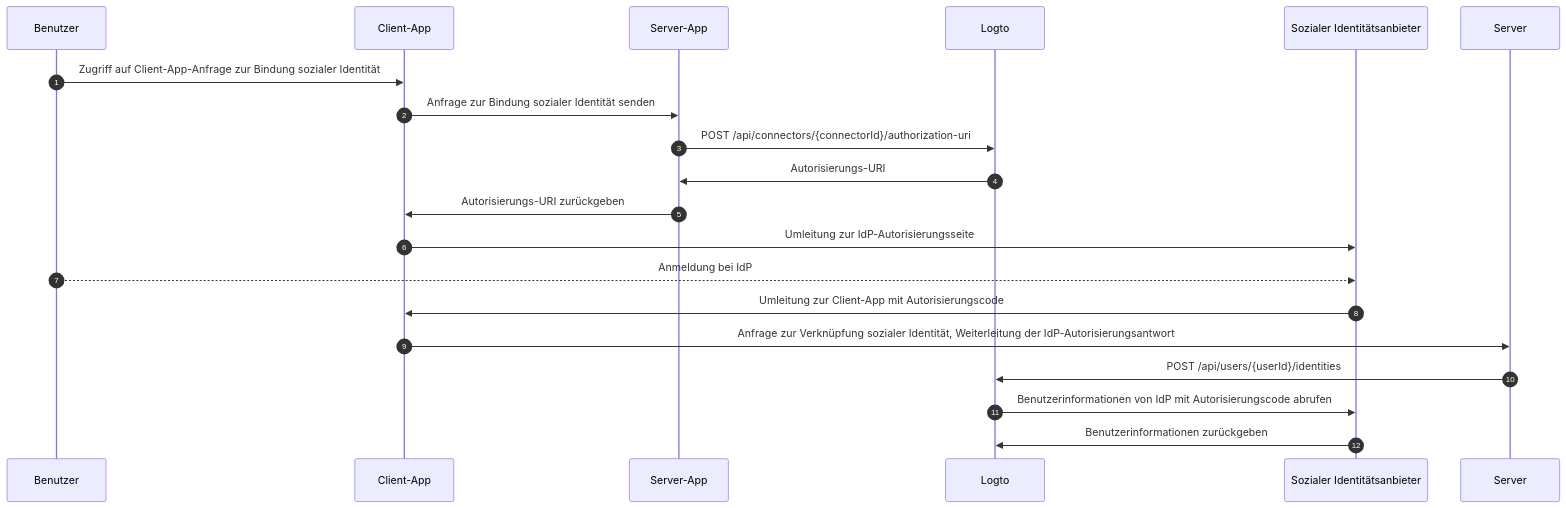
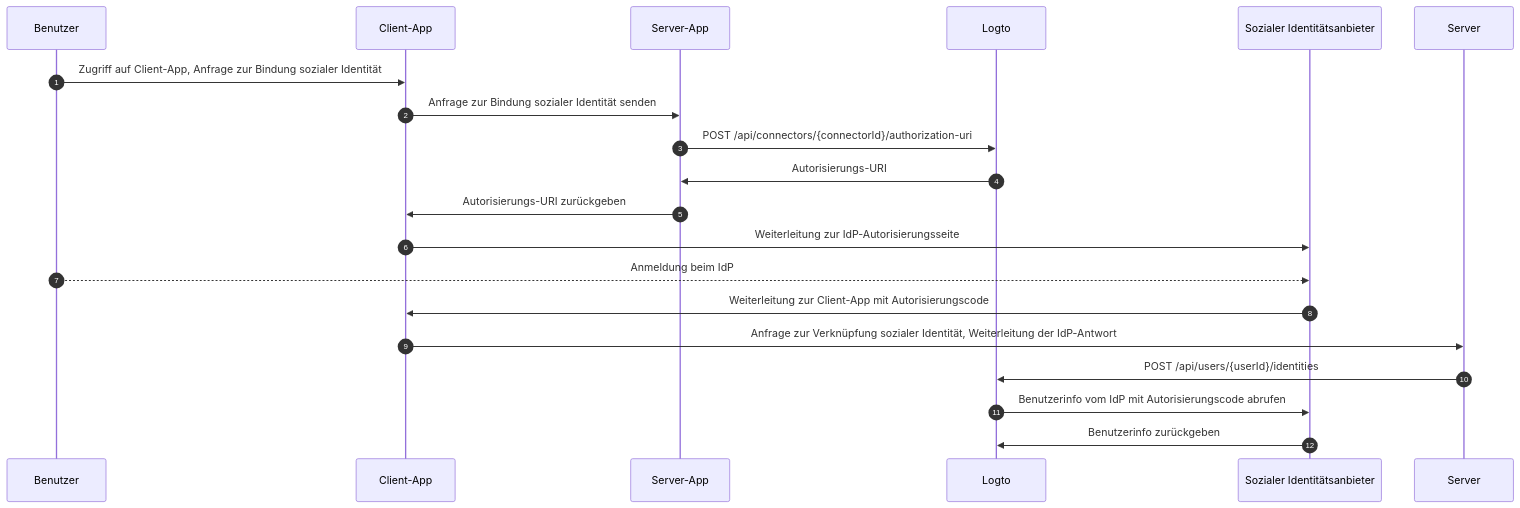
One commit to logto-io/docs changed the third of 3 diagrams in i18n/de/docusaurus-plugin-content-docs/current/end-user-flows/account-settings/by-management-api.mdx. Above: the diagram before and after it, drawn with Mermaid. The commit also changed other lines of this file and 137 other files, not shown here.

````diff
--- a/i18n/de/docusaurus-plugin-content-docs/current/end-user-flows/account-settings/by-management-api.mdx
+++ b/i18n/de/docusaurus-plugin-content-docs/current/end-user-flows/account-settings/by-management-api.mdx
@@ -120,22 +121,22 @@
 ```mermaid
 sequenceDiagram
     autoNumber
     participant User as Benutzer
     participant Client as Client-App
     participant App as Server-App
     participant Logto as Logto
     participant IdP as Sozialer Identitätsanbieter
 
-    User ->> Client: Zugriff auf Client-App-Anfrage zur Bindung sozialer Identität
+    User ->> Client: Zugriff auf Client-App, Anfrage zur Bindung sozialer Identität
     Client ->> App: Anfrage zur Bindung sozialer Identität senden
     App ->> Logto: POST /api/connectors/{connectorId}/authorization-uri
     Logto ->> App: Autorisierungs-URI
     App ->> Client: Autorisierungs-URI zurückgeben
-    Client ->> IdP: Umleitung zur IdP-Autorisierungsseite
-    User -->> IdP: Anmeldung bei IdP
-    IdP ->> Client: Umleitung zur Client-App mit Autorisierungscode
-    Client ->> Server: Anfrage zur Verknüpfung sozialer Identität, Weiterleitung der IdP-Autorisierungsantwort
+    Client ->> IdP: Weiterleitung zur IdP-Autorisierungsseite
+    User -->> IdP: Anmeldung beim IdP
+    IdP ->> Client: Weiterleitung zur Client-App mit Autorisierungscode
+    Client ->> Server: Anfrage zur Verknüpfung sozialer Identität, Weiterleitung der IdP-Antwort
     Server ->> Logto: POST /api/users/{userId}/identities
-    Logto ->> IdP: Benutzerinformationen von IdP mit Autorisierungscode abrufen
-    IdP ->> Logto: Benutzerinformationen zurückgeben
+    Logto ->> IdP: Benutzerinfo vom IdP mit Autorisierungscode abrufen
+    IdP ->> Logto: Benutzerinfo zurückgeben
 ```
````
